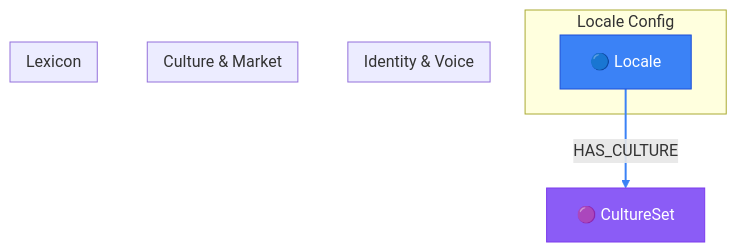
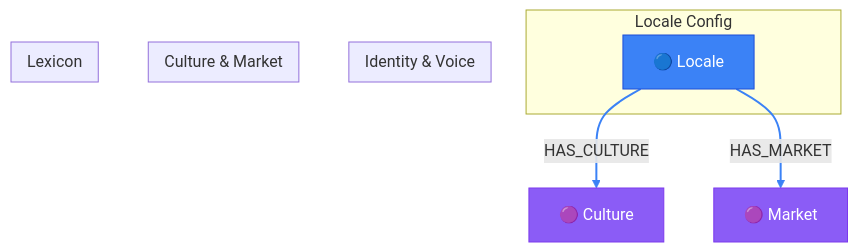
One commit to supernovae-st/novanet changed the diagram in packages/core/models/docs/locale-full-knowledge.md. Above: the diagram before and after it, drawn with Mermaid. The commit also changed other lines of this file and 20 other files, not shown here.

````diff
--- a/packages/core/models/docs/locale-full-knowledge.md
+++ b/packages/core/models/docs/locale-full-knowledge.md
@@ -30,38 +30,41 @@
 ```mermaid
 flowchart TB
   %% View: Locale Full Knowledge (locale-full-knowledge)
-  %% 2 nodes, 1 arcs
+  %% 3 nodes, 2 arcs
 
   %% Trait styling (node_trait)
   classDef invariant fill:#3b82f6,stroke:#1d4ed8,color:#fff
   classDef localized fill:#22c55e,stroke:#16a34a,color:#fff
   classDef knowledge fill:#8b5cf6,stroke:#7c3aed,color:#fff
   classDef derived fill:#9ca3af,stroke:#6b7280,color:#fff
   classDef job fill:#6b7280,stroke:#4b5563,color:#fff
 
   subgraph LOCALE_CONFIG["Locale Config"]
     Locale["🔵 Locale"]
   end
 
   subgraph IDENTITY___VOICE["Identity & Voice"]
   end
 
   subgraph CULTURE___MARKET["Culture & Market"]
   end
 
   subgraph LEXICON["Lexicon"]
   end
 
   %% Additional reachable nodes
-  CultureSet["🟣 CultureSet"]
+  Culture["🟣 Culture"]
+  Market["🟣 Market"]
 
   %% Relationships (styled by arc family)
-  Locale -->|HAS_CULTURE| CultureSet
+  Locale -->|HAS_CULTURE| Culture
+  Locale -->|HAS_MARKET| Market
 
   %% Arc colors by family
-  linkStyle 0 stroke:#3b82f6,stroke-width:2px
+  linkStyle 0,1 stroke:#3b82f6,stroke-width:2px
 
   %% Class assignments
-  class CultureSet knowledge
+  class Culture knowledge
   class Locale invariant
+  class Market knowledge
 ```
````
